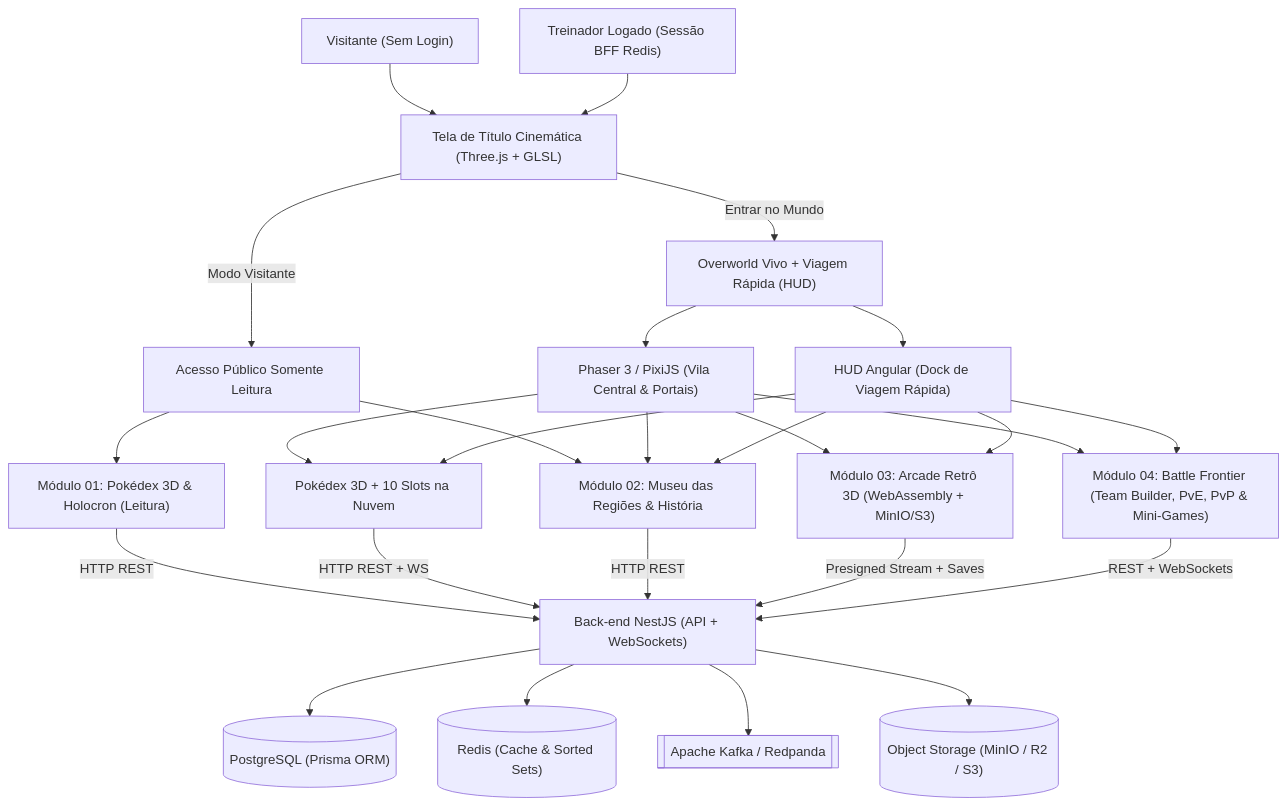
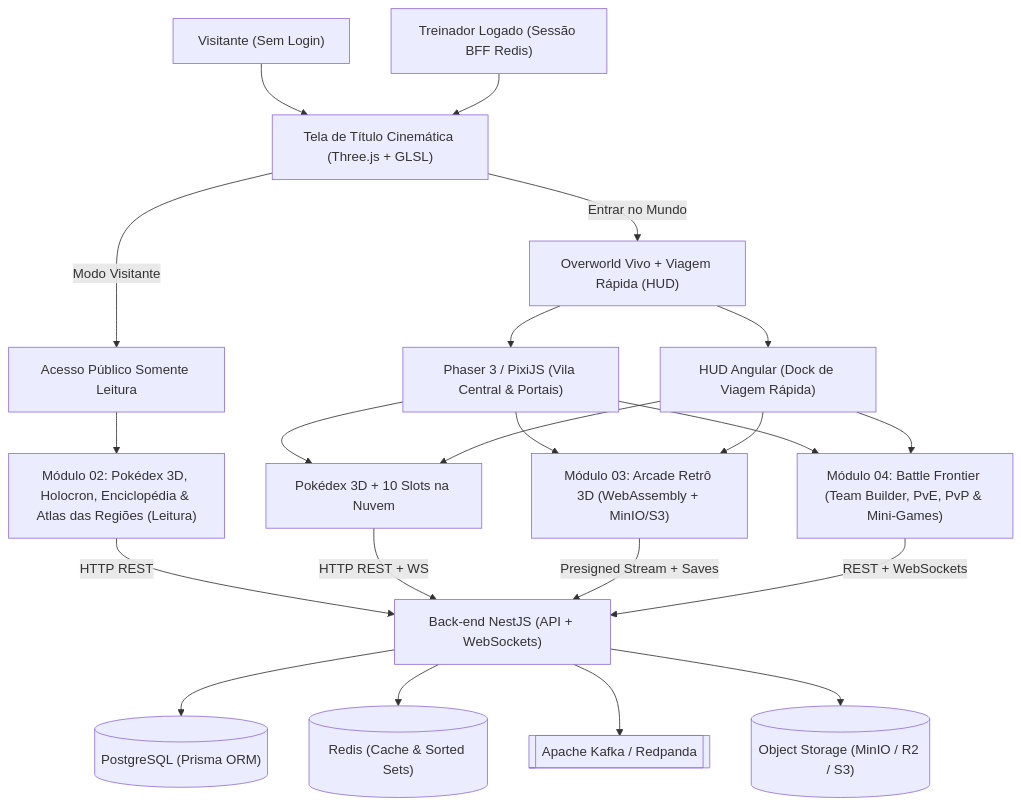
The diagram in docs/00-visao-geral-e-roadmap.md (Digooow/pokedex-frontend), drawn with Mermaid before and after one commit. The commit also changed other lines of this file and 42 other files, not shown here.

Commit message:
Refactor platform constants and schemas to remove 'museum' module; update related components and documentation for consistency. Rename 'Museu' to 'Atlas das Regiões' in various files and adjust routing and summaries accordingly. Enhance UI quality gate script to reflect new routing structure.

````diff
--- a/docs/00-visao-geral-e-roadmap.md
+++ b/docs/00-visao-geral-e-roadmap.md
@@ -17,35 +17,31 @@
 ```mermaid
 flowchart TB
   Visitor["Visitante (Sem Login)"] --> Title["Tela de Título Cinemática (Three.js + GLSL)"]
   Trainer["Treinador Logado (Sessão BFF Redis)"] --> Title
 
   Title -->|"Modo Visitante"| PublicAccess["Acesso Público Somente Leitura"]
   Title -->|"Entrar no Mundo"| AuthAccess["Overworld Vivo + Viagem Rápida (HUD)"]
 
-  PublicAccess --> DexMod["Módulo 01: Pokédex 3D & Holocron (Leitura)"]
-  PublicAccess --> MuseumMod["Módulo 02: Museu das Regiões & História"]
+  PublicAccess --> DexMod["Módulo 02: Pokédex 3D, Holocron, Enciclopédia & Atlas das Regiões (Leitura)"]
 
   AuthAccess --> Overworld["Phaser 3 / PixiJS (Vila Central & Portais)"]
   AuthAccess --> QuickTravel["HUD Angular (Dock de Viagem Rápida)"]
 
   Overworld --> DexModCloud["Pokédex 3D + 10 Slots na Nuvem"]
-  Overworld --> MuseumMod
   Overworld --> ArcadeMod["Módulo 03: Arcade Retrô 3D (WebAssembly + MinIO/S3)"]
   Overworld --> ArenaMod["Módulo 04: Battle Frontier (Team Builder, PvE, PvP & Mini-Games)"]
 
   QuickTravel --> DexModCloud
-  QuickTravel --> MuseumMod
   QuickTravel --> ArcadeMod
   QuickTravel --> ArenaMod
 
   DexMod -->|"HTTP REST"| NestAPI["Back-end NestJS (API + WebSockets)"]
   DexModCloud -->|"HTTP REST + WS"| NestAPI
-  MuseumMod -->|"HTTP REST"| NestAPI
   ArcadeMod -->|"Presigned Stream + Saves"| NestAPI
   ArenaMod -->|"REST + WebSockets"| NestAPI
 
   NestAPI --> PG[("PostgreSQL (Prisma ORM)")]
   NestAPI --> RD[("Redis (Cache & Sorted Sets)")]
   NestAPI --> Kafka[["Apache Kafka / Redpanda"]]
   NestAPI --> S3[("Object Storage (MinIO / R2 / S3)")]
 ```
````
